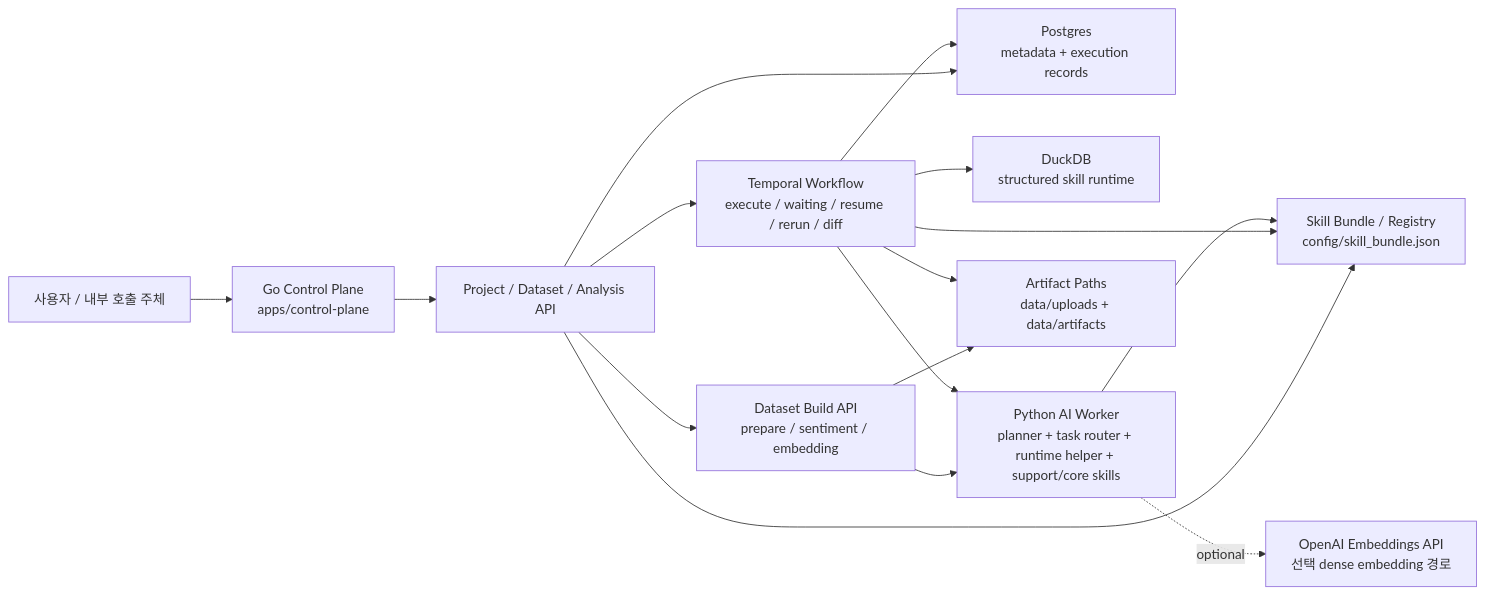
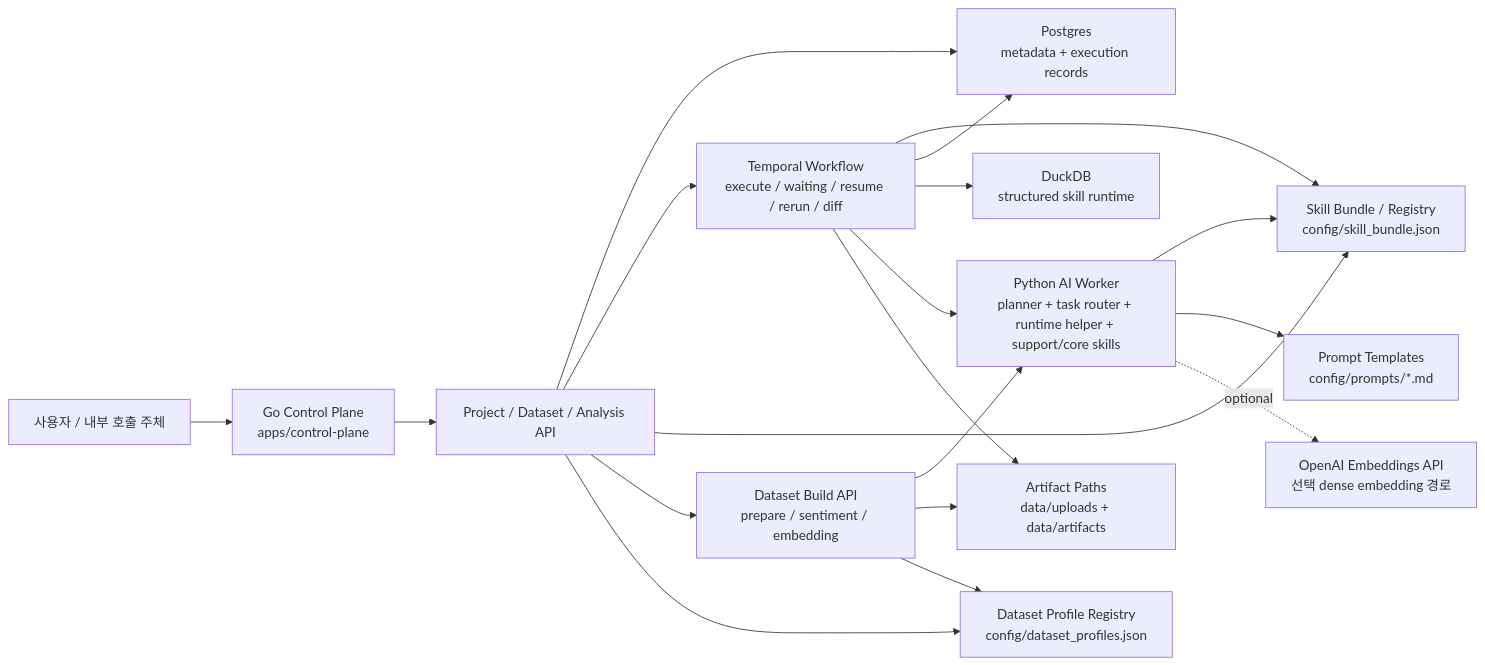
Before and after one commit to squirrelabbit/analysis-agent-platform: the diagram in docs/architecture/project_map.mmd, drawn with Mermaid. The commit also changed 30 other files, not shown here.

```diff
--- a/docs/architecture/project_map.mmd
+++ b/docs/architecture/project_map.mmd
@@ -1,28 +1,33 @@
 flowchart LR
     Client["사용자 / 내부 호출 주체"]
     Control["Go Control Plane\napps/control-plane"]
     API["Project / Dataset / Analysis API"]
     Build["Dataset Build API\nprepare / sentiment / embedding"]
+    Profiles["Dataset Profile Registry\nconfig/dataset_profiles.json"]
     Temporal["Temporal Workflow\nexecute / waiting / resume / rerun / diff"]
     Registry["Skill Bundle / Registry\nconfig/skill_bundle.json"]
     PG["Postgres\nmetadata + execution records"]
     Duck["DuckDB\nstructured skill runtime"]
     Py["Python AI Worker\nplanner + task router + runtime helper + support/core skills"]
+    Prompts["Prompt Templates\nconfig/prompts/*.md"]
     Artifact["Artifact Paths\ndata/uploads + data/artifacts"]
     OpenAI["OpenAI Embeddings API\n선택 dense embedding 경로"]
 
     Client --> Control
     Control --> API
     API --> PG
     API --> Temporal
     API --> Registry
     API --> Build
+    API --> Profiles
     Build --> Py
     Build --> Artifact
+    Build --> Profiles
     Temporal --> Registry
     Temporal --> PG
     Temporal --> Duck
     Temporal --> Py
     Temporal --> Artifact
     Py --> Registry
+    Py --> Prompts
     Py -. optional .-> OpenAI
```
